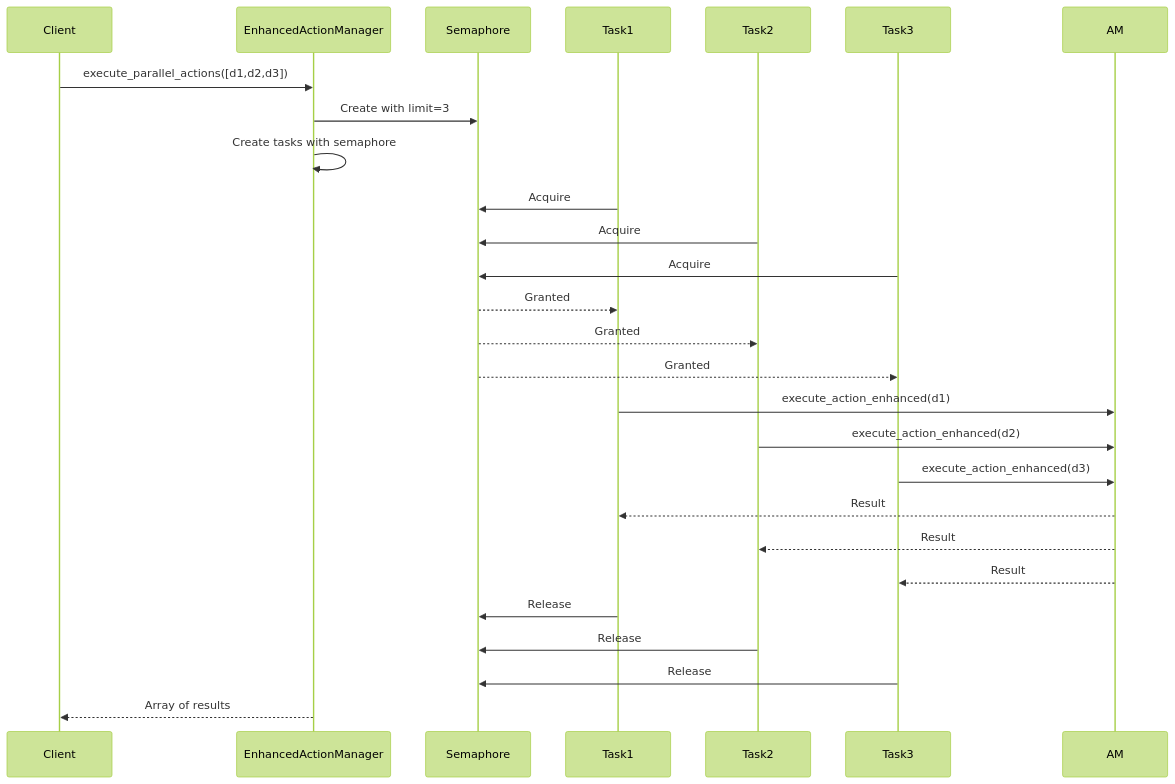
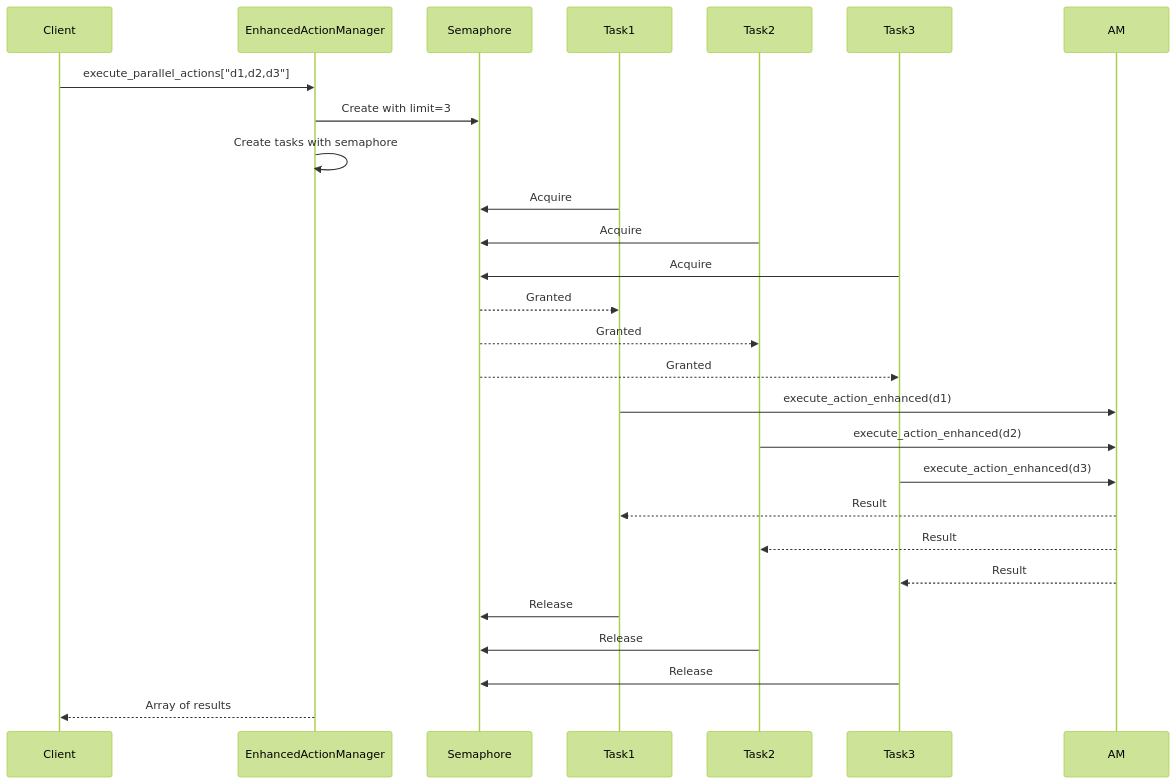
Before and after one commit to Likhithsai2580/RAVANA-WIKI: the eighth of 8 diagrams in docs/Action System/Action Manager.md, drawn with Mermaid (forest theme). The commit also changed other lines of this file and 52 other files, not shown here.

First line of the commit message:
chore(docs): update documentation content, fix Mermaid diagrams, and enhance README

````diff
--- a/docs/Action System/Action Manager.md
+++ b/docs/Action System/Action Manager.md
@@ -310,28 +310,28 @@
 ```mermaid
 sequenceDiagram
 participant Client
 participant EAM as EnhancedActionManager
 participant Semaphore
 participant Task1
 participant Task2
 participant Task3
-Client->>EAM : execute_parallel_actions([d1,d2,d3])
+Client->>EAM : execute_parallel_actions["d1,d2,d3"]
 EAM->>Semaphore : Create with limit=3
 EAM->>EAM : Create tasks with semaphore
 Task1->>Semaphore : Acquire
 Task2->>Semaphore : Acquire
 Task3->>Semaphore : Acquire
 Semaphore-->>Task1 : Granted
 Semaphore-->>Task2 : Granted
 Semaphore-->>Task3 : Granted
 Task1->>AM : execute_action_enhanced(d1)
 Task2->>AM : execute_action_enhanced(d2)
 Task3->>AM : execute_action_enhanced(d3)
 AM-->>Task1 : Result
 AM-->>Task2 : Result
 AM-->>Task3 : Result
 Task1->>Semaphore : Release
 Task2->>Semaphore : Release
 Task3->>Semaphore : Release
 EAM-->>Client : Array of results
 ```
````
